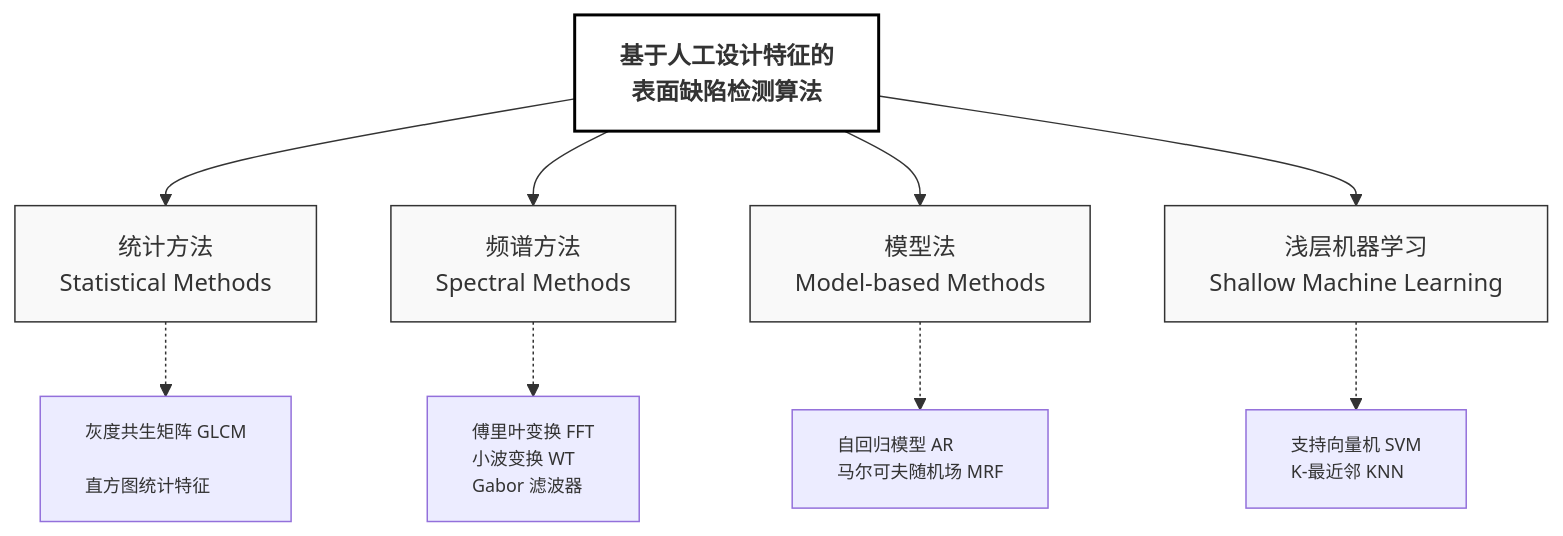
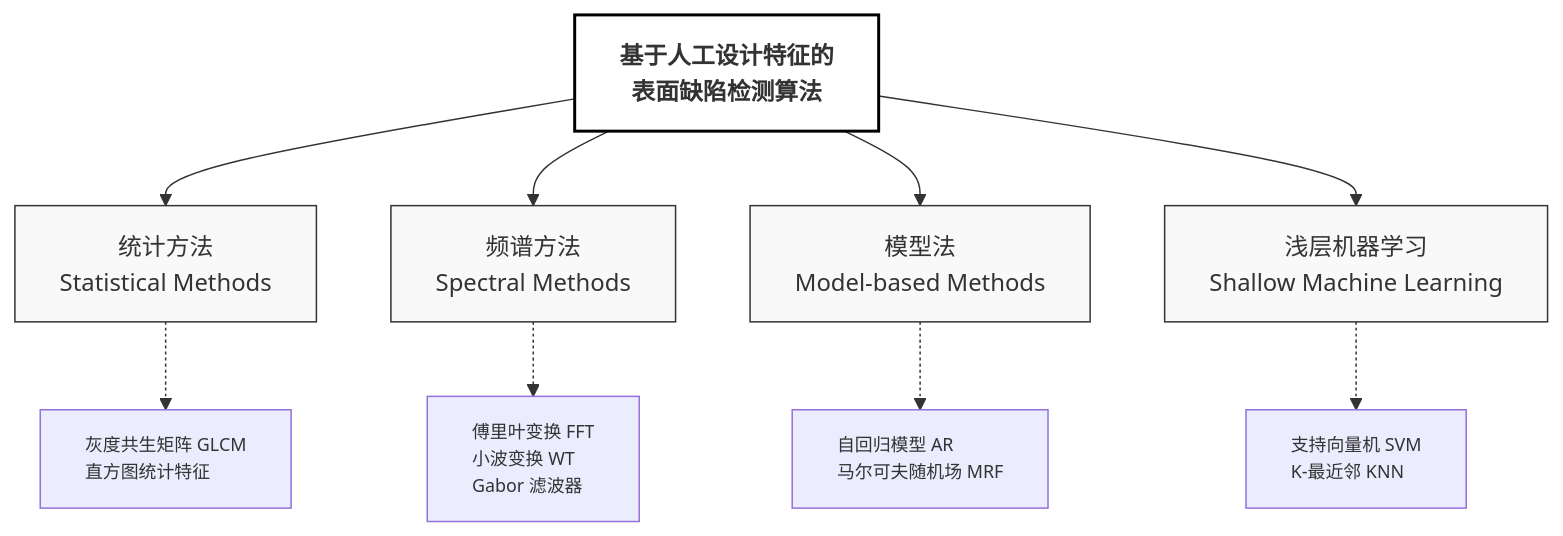
Before and after one commit to MAOSHENGsong/iodraw-files: the diagram in all/未命名-1.md, drawn with Mermaid.

Commit message:
2026-03-17 18:26:46 update

````diff
--- a/all/未命名-1.md
+++ b/all/未命名-1.md
@@ -1,43 +1,43 @@
 ```mermaid
 graph TB
     %% 核心标题
     Main[
     基于人工设计特征的
     表面缺陷检测算法] 
     
     %% 第一层级：四大分支
     Statistical[统计方法<br/>Statistical Methods]
     Spectral[频谱方法<br/>Spectral Methods]
     Model[模型法<br/>Model-based Methods]
     Machine[浅层机器学习<br/>Shallow Machine Learning]
 
     %% 第二层级：典型算法
-    Sub_Stat[灰度共生矩阵 GLCM<br/><br/>直方图统计特征]
+    Sub_Stat[灰度共生矩阵 GLCM<br/>直方图统计特征<br/>]
     Sub_Spec[傅里叶变换 FFT<br/>小波变换 WT<br/>Gabor 滤波器]
     Sub_Mod[自回归模型 AR<br/>马尔可夫随机场 MRF<br/>]
     Sub_Mach[支持向量机 SVM<br/>K-最近邻 KNN]
 
     %% 建立连接
     Main --> Statistical
     Main --> Spectral
     Main --> Model
     Main --> Machine
 
     Statistical -.-> Sub_Stat
     Spectral -.-> Sub_Spec
     Model -.-> Sub_Mod
     Machine -.-> Sub_Mach
 
     %% 样式美化：论文通常使用白底黑字或淡色调
     style Main fill:#ffffff,stroke:#000,stroke-width:2px,font-weight:bold
     style Statistical fill:#f9f9f9,stroke:#333,stroke-width:1px
     style Spectral fill:#f9f9f9,stroke:#333,stroke-width:1px
     style Model fill:#f9f9f9,stroke:#333,stroke-width:1px
     style Machine fill:#f9f9f9,stroke:#333,stroke-width:1px
     
     %% 细化子项样式
     style Sub_Stat font-size:12px,text-align:left
     style Sub_Spec font-size:12px,text-align:left
     style Sub_Mod font-size:12px,text-align:left
     style Sub_Mach font-size:12px,text-align:left
 ```
````
